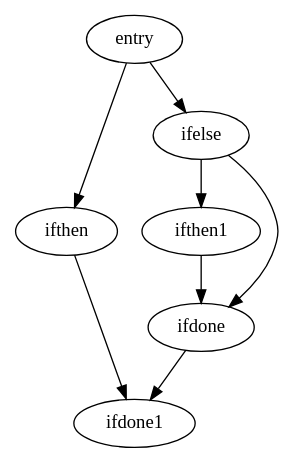
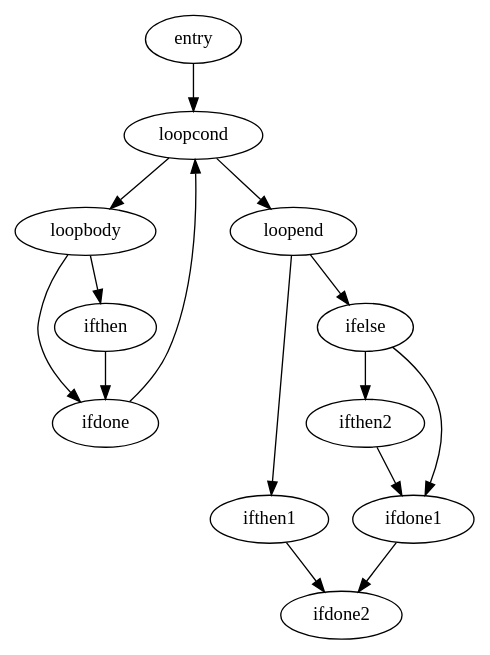
Before and after one commit to arnaavgoyal/new-compiler: the diagram in g.dot, drawn with Graphviz. The commit also changed 10 other files, not shown here.

```diff
--- a/g.dot
+++ b/g.dot
@@ -1,9 +1,16 @@
 digraph {
-	entry -> ifthen
-	ifthen -> ifdone1
-	entry -> ifelse
-	ifelse -> ifthen1
-	ifelse -> ifdone
-	ifthen1 -> ifdone
-	ifdone -> ifdone1
+	entry -> loopcond
+	loopcond -> loopbody
+	loopcond -> loopend
+	loopbody -> ifthen
+	loopbody -> ifdone
+	ifthen -> ifdone
+	ifdone -> loopcond
+	loopend -> ifthen1
+	loopend -> ifelse
+	ifthen1 -> ifdone2
+	ifelse -> ifthen2
+	ifelse -> ifdone1
+	ifthen2 -> ifdone1
+	ifdone1 -> ifdone2
 }
```
